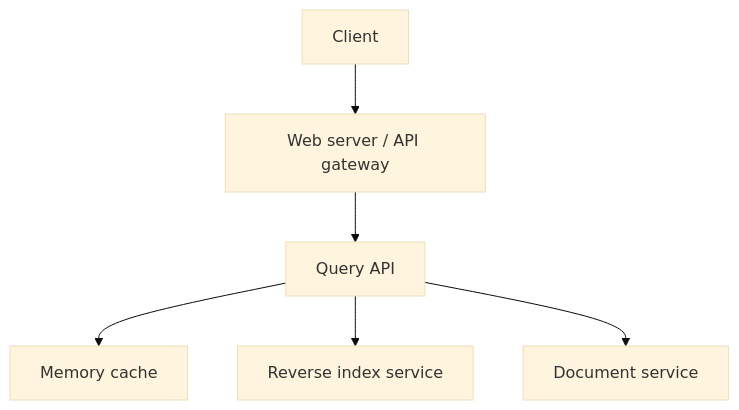
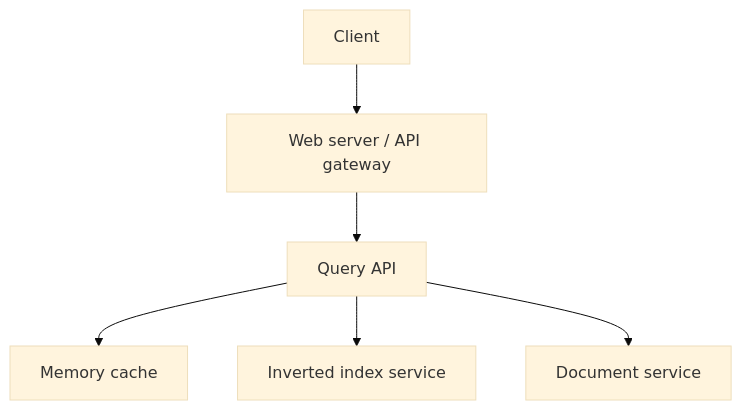
Before and after one commit to butyavk/system-design: the first of 2 diagrams in src/content/docs/practice/search-query-cache.mdx, drawn with Mermaid (base theme). The commit also changed other lines of this file and 117 other files, not shown here.

````diff
--- a/src/content/docs/practice/search-query-cache.mdx
+++ b/src/content/docs/practice/search-query-cache.mdx
@@ -81,8 +81,8 @@
 ```mermaid
 flowchart TB
   client["Client"] --> web["Web server / API gateway"]
   web --> qapi["Query API"]
   qapi --> cache["Memory cache"]
-  qapi --> index["Reverse index service"]
+  qapi --> index["Inverted index service"]
   qapi --> docs["Document service"]
 ```
````
